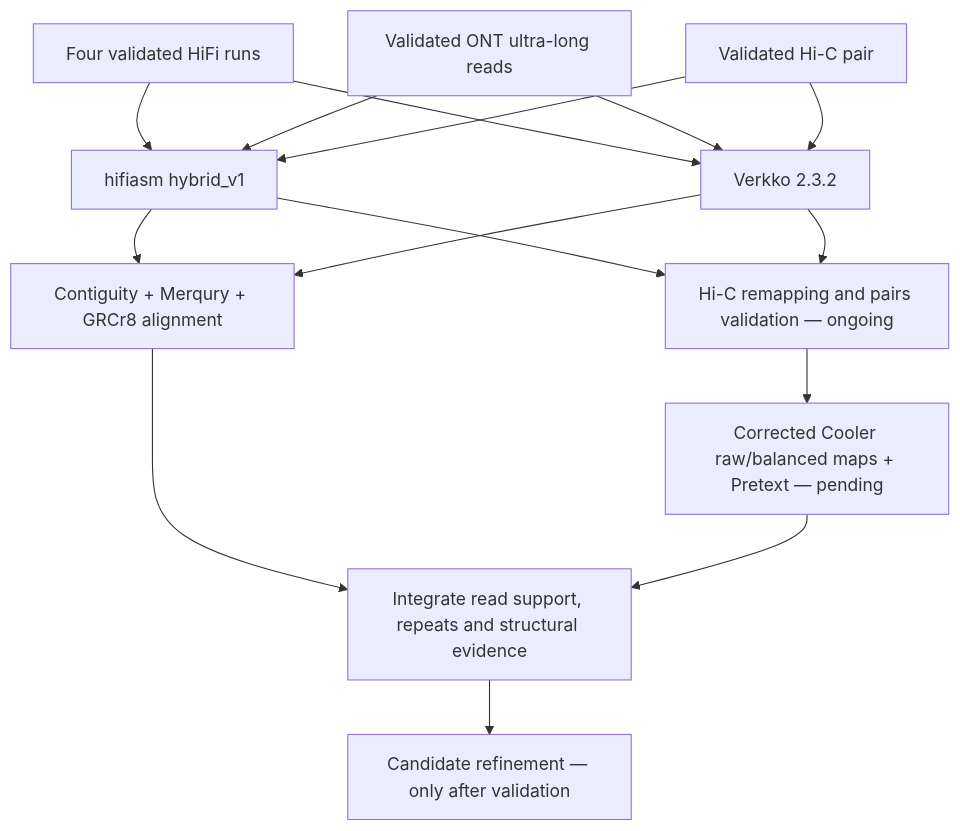
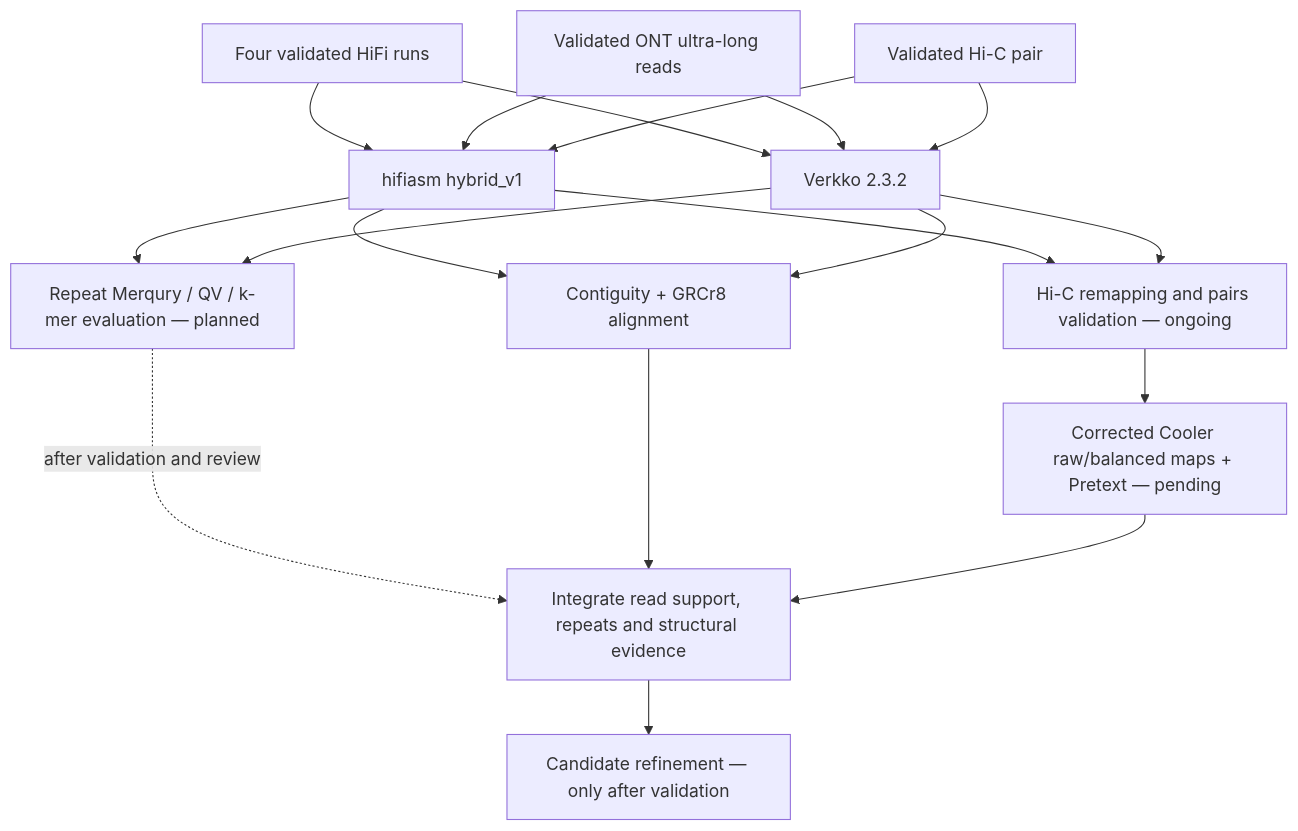
The diagram in README.md (FarnazSalehi94/Reference-Refinement), drawn with Mermaid before and after one commit. The commit also changed other lines of this file and 18 other files, not shown here.

Commit message:
docs: classify previous Merqury and k-mer estimates as preliminary pending re-evaluation

````diff
--- a/README.md
+++ b/README.md
@@ -34,17 +34,20 @@
 ```mermaid
 flowchart TD
     H[Four validated HiFi runs] --> A[hifiasm hybrid_v1]
     O[Validated ONT ultra-long reads] --> A
     C[Validated Hi-C pair] --> A
     H --> V[Verkko 2.3.2]
     O --> V
     C --> V
-    A --> Q[Contiguity + Merqury + GRCr8 alignment]
+    A --> Q[Contiguity + GRCr8 alignment]
     V --> Q
+    A --> P[Repeat Merqury / QV / k-mer evaluation — planned]
+    V --> P
+    P -. after validation and review .-> E
     A --> M[Hi-C remapping and pairs validation — ongoing]
     V --> M
     M --> K[Corrected Cooler raw/balanced maps + Pretext — pending]
     Q --> E[Integrate read support, repeats and structural evidence]
     K --> E
     E --> R[Candidate refinement — only after validation]
 ```
````
